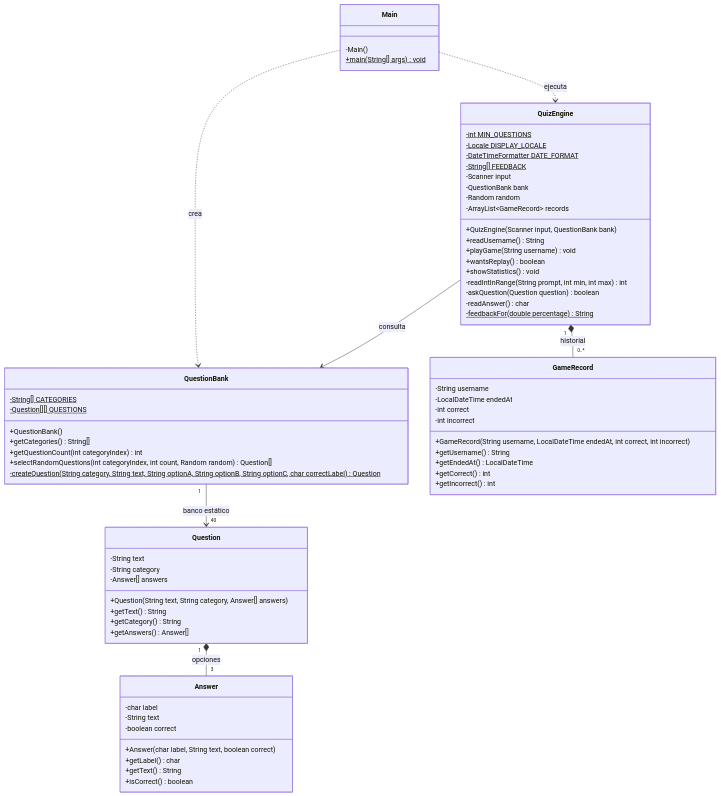
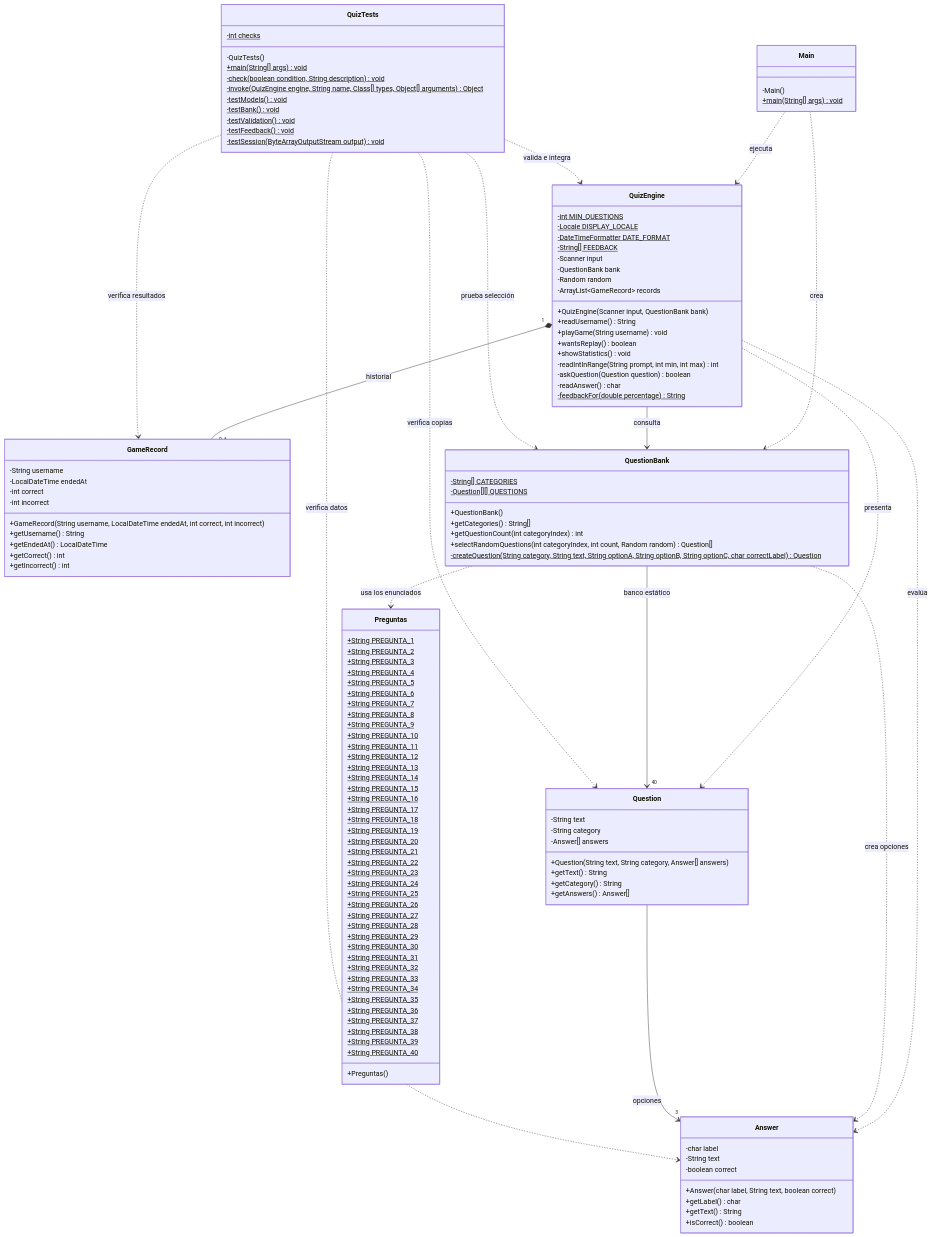
One commit to DavidSBPinsti/Proyecto-2 changed the diagram in uml.md. Above: the diagram before and after it, drawn with Mermaid. The commit also changed 5 other files, not shown here.

Commit message:
Completar UML y normalizar constantes del quiz

````diff
--- a/uml.md
+++ b/uml.md
@@ -31,6 +31,49 @@
         +getEndedAt() LocalDateTime
         +getCorrect() int
         +getIncorrect() int
+    }
+    class Preguntas {
+        +String PREGUNTA_1$
+        +String PREGUNTA_2$
+        +String PREGUNTA_3$
+        +String PREGUNTA_4$
+        +String PREGUNTA_5$
+        +String PREGUNTA_6$
+        +String PREGUNTA_7$
+        +String PREGUNTA_8$
+        +String PREGUNTA_9$
+        +String PREGUNTA_10$
+        +String PREGUNTA_11$
+        +String PREGUNTA_12$
+        +String PREGUNTA_13$
+        +String PREGUNTA_14$
+        +String PREGUNTA_15$
+        +String PREGUNTA_16$
+        +String PREGUNTA_17$
+        +String PREGUNTA_18$
+        +String PREGUNTA_19$
+        +String PREGUNTA_20$
+        +String PREGUNTA_21$
+        +String PREGUNTA_22$
+        +String PREGUNTA_23$
+        +String PREGUNTA_24$
+        +String PREGUNTA_25$
+        +String PREGUNTA_26$
+        +String PREGUNTA_27$
+        +String PREGUNTA_28$
+        +String PREGUNTA_29$
+        +String PREGUNTA_30$
+        +String PREGUNTA_31$
+        +String PREGUNTA_32$
+        +String PREGUNTA_33$
+        +String PREGUNTA_34$
+        +String PREGUNTA_35$
+        +String PREGUNTA_36$
+        +String PREGUNTA_37$
+        +String PREGUNTA_38$
+        +String PREGUNTA_39$
+        +String PREGUNTA_40$
+        +Preguntas()
     }
     class QuestionBank {
         -String[] CATEGORIES$
@@ -67,7 +110,28 @@
     Main ..> QuestionBank : crea
     Main ..> QuizEngine : ejecuta
     QuizEngine --> QuestionBank : consulta
+    QuizEngine ..> Question : presenta
+    QuizEngine ..> Answer : evalúa
     QuizEngine "1" *-- "0..*" GameRecord : historial
-    QuestionBank "1" --> "40" Question : banco estático
-    Question "1" *-- "3" Answer : opciones
+    QuestionBank --> "40" Question : banco estático
+    QuestionBank ..> Preguntas : usa los enunciados
+    QuestionBank ..> Answer : crea opciones
+    Question --> "3" Answer : opciones
+    class QuizTests {
+        -int checks$
+        -QuizTests()
+        +main(String[] args) void$
+        -check(boolean condition, String description) void$
+        -invoke(QuizEngine engine, String name, Class[] types, Object[] arguments) Object$
+        -testModels() void$
+        -testBank() void$
+        -testValidation() void$
+        -testFeedback() void$
+        -testSession(ByteArrayOutputStream output) void$
+    }
+    QuizTests ..> QuizEngine : valida e integra
+    QuizTests ..> QuestionBank : prueba selección
+    QuizTests ..> Answer : verifica datos
+    QuizTests ..> Question : verifica copias
+    QuizTests ..> GameRecord : verifica resultados
 ```
````
